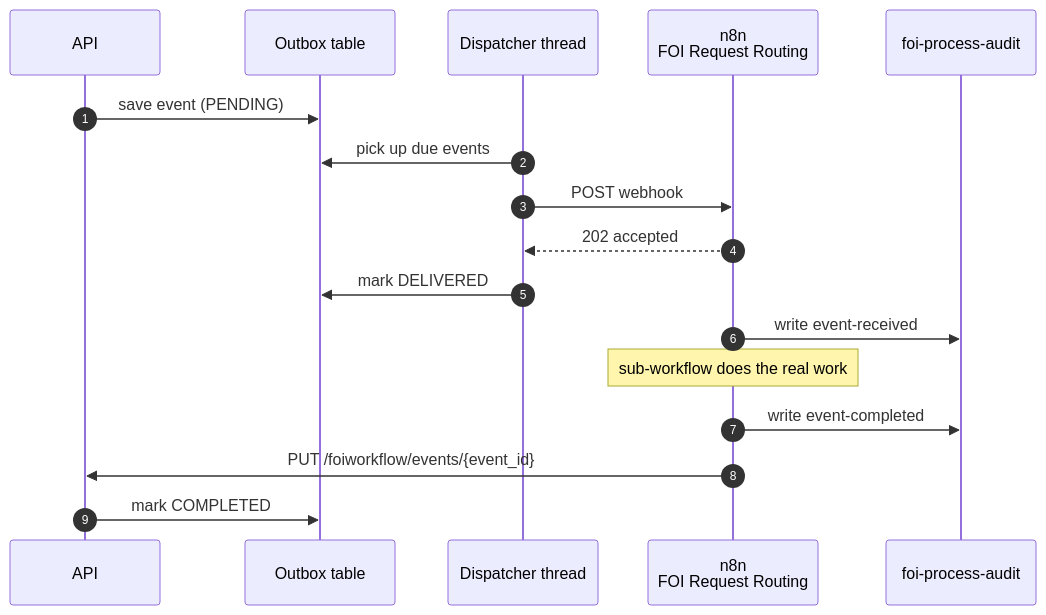
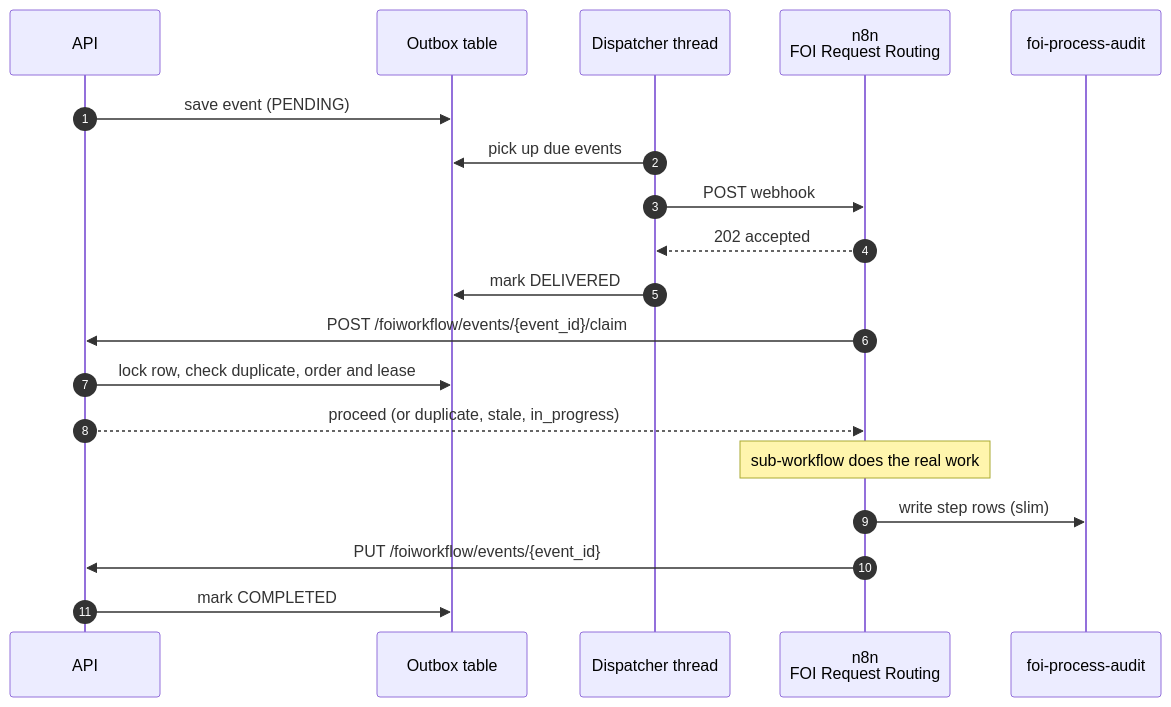
Before and after one commit to bcgov/foi-flow: the first of 3 diagrams in docs/foi-n8n-integration-developer-guide.md, drawn with Mermaid. The commit also changed other lines of this file and 12 other files, not shown here.

Commit message:
feat(CCP-5946): add outbox event claim with in-table ordering and optional retention for n8n

````diff
--- a/docs/foi-n8n-integration-developer-guide.md
+++ b/docs/foi-n8n-integration-developer-guide.md
@@ -21,20 +21,22 @@
 ```mermaid
 sequenceDiagram
     autonumber
     participant API as API
     participant OB as Outbox table
     participant DS as Dispatcher thread
     participant N8 as n8n<br/>FOI Request Routing
     participant AU as foi-process-audit
 
     API->>OB: save event (PENDING)
     DS->>OB: pick up due events
     DS->>N8: POST webhook
     N8-->>DS: 202 accepted
     DS->>OB: mark DELIVERED
-    N8->>AU: write event-received
+    N8->>API: POST /foiworkflow/events/{event_id}/claim
+    API->>OB: lock row, check duplicate, order and lease
+    API-->>N8: proceed (or duplicate, stale, in_progress)
     Note over N8: sub-workflow does the real work
-    N8->>AU: write event-completed
+    N8->>AU: write step rows (slim)
     N8->>API: PUT /foiworkflow/events/{event_id}
     API->>OB: mark COMPLETED
 ```
````
